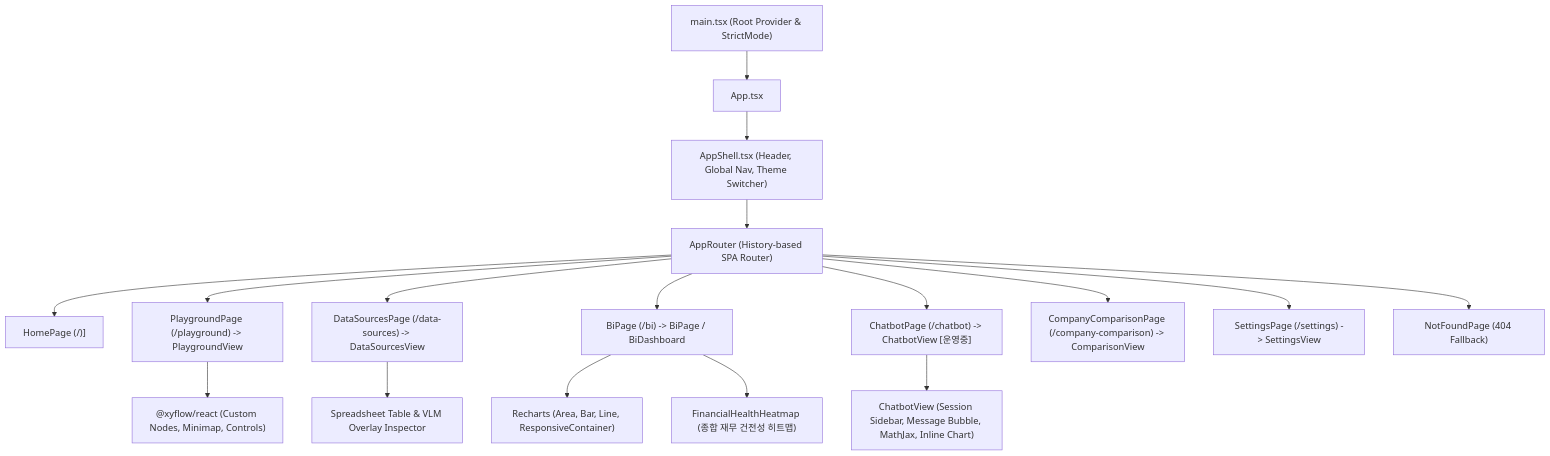
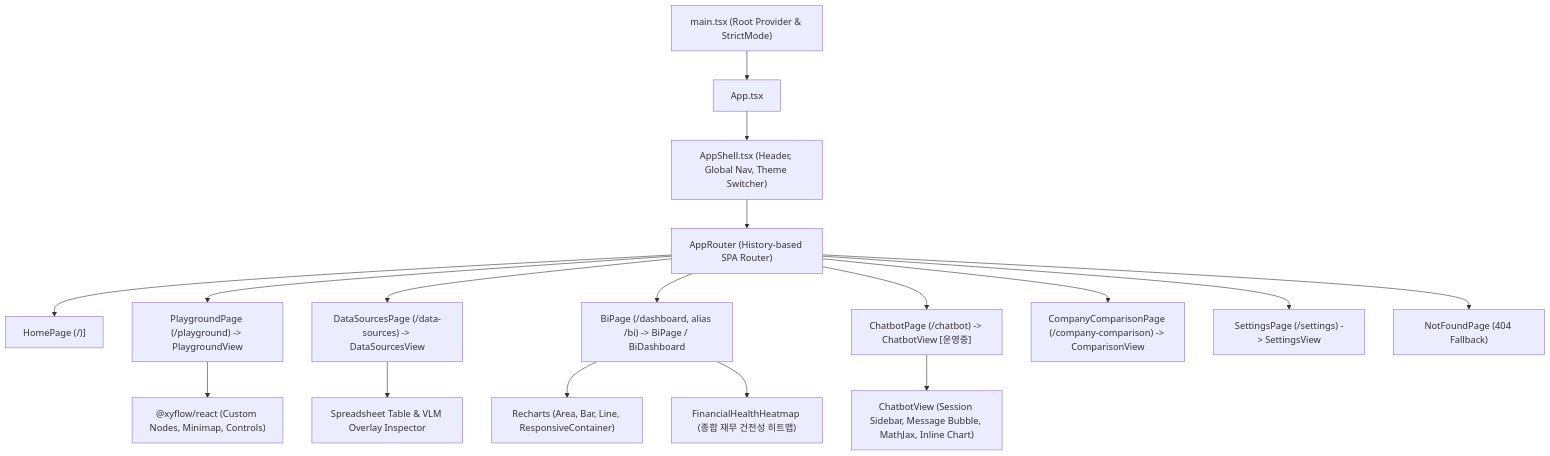
One commit to bist-mini-final/bist-mini-final changed the diagram in docs/blueprints/06_frontend_blueprints/BP-601_frontend_component_wiring.md. Above: the diagram before and after it, drawn with Mermaid. The commit also changed other lines of this file and 92 other files, not shown here.

````diff
--- a/docs/blueprints/06_frontend_blueprints/BP-601_frontend_component_wiring.md
+++ b/docs/blueprints/06_frontend_blueprints/BP-601_frontend_component_wiring.md
@@ -9,22 +9,22 @@
 ```mermaid
 graph TD
     ROOT["main.tsx (Root Provider & StrictMode)"] --> APP["App.tsx"]
     APP --> SHELL["AppShell.tsx (Header, Global Nav, Theme Switcher)"]
     
     SHELL --> ROUTER["AppRouter (History-based SPA Router)"]
     
     ROUTER --> P_HOME["HomePage (/)]"]
     ROUTER --> P_PLAY["PlaygroundPage (/playground) -> PlaygroundView"]
     ROUTER --> P_DS["DataSourcesPage (/data-sources) -> DataSourcesView"]
-    ROUTER --> P_BI["BiPage (/bi) -> BiPage / BiDashboard"]
+    ROUTER --> P_BI["BiPage (/dashboard, alias /bi) -> BiPage / BiDashboard"]
     ROUTER --> P_CHAT["ChatbotPage (/chatbot) -> ChatbotView [운영중]"]
     ROUTER --> P_COMP["CompanyComparisonPage (/company-comparison) -> ComparisonView"]
     ROUTER --> P_SET["SettingsPage (/settings) -> SettingsView"]
     ROUTER --> P_404["NotFoundPage (404 Fallback)"]
 
     P_PLAY --> XYFLOW["@xyflow/react (Custom Nodes, Minimap, Controls)"]
     P_DS --> GRID_VIEW["Spreadsheet Table & VLM Overlay Inspector"]
     P_BI --> RECHARTS["Recharts (Area, Bar, Line, ResponsiveContainer)"]
     P_BI --> HEATMAP["FinancialHealthHeatmap (종합 재무 건전성 히트맵)"]
     P_CHAT --> CHAT_VIEW["ChatbotView (Session Sidebar, Message Bubble, MathJax, Inline Chart)"]
 ```
````
